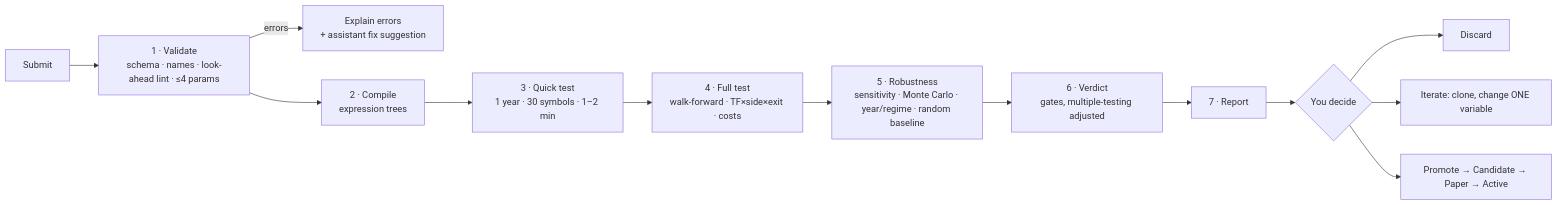
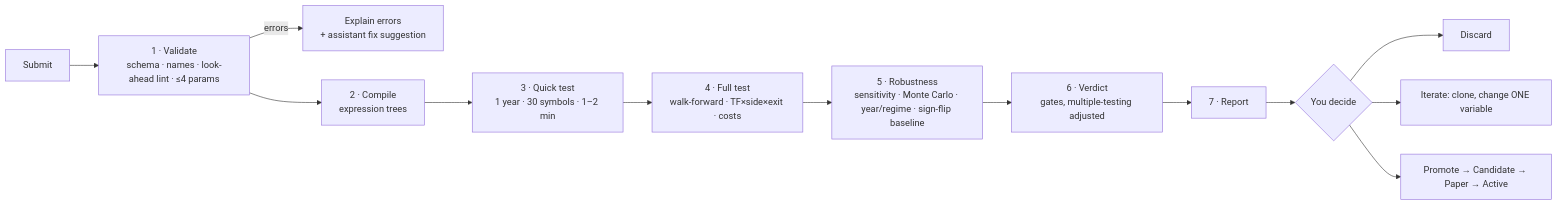
One commit to hemsingh81/xDrishti changed the diagram in docs/design/11-strategy-lab.md. Above: the diagram before and after it, drawn with Mermaid. The commit also changed other lines of this file and 37 other files, not shown here.

Commit message:
P5-05 review fixes: sign-flip baseline rename and honest limits, runner and exact tests, sweep edge cases

````diff
--- a/docs/design/11-strategy-lab.md
+++ b/docs/design/11-strategy-lab.md
@@ -284,15 +284,15 @@
 ```mermaid
 flowchart LR
     IN[Submit] --> V["1 · Validate<br/>schema · names · look-ahead lint · ≤4 params"]
     V -- errors --> FIX["Explain errors<br/>+ assistant fix suggestion"]
     V --> C["2 · Compile<br/>expression trees"]
     C --> Q["3 · Quick test<br/>1 year · 30 symbols · 1–2 min"]
     Q --> F["4 · Full test<br/>walk-forward · TF×side×exit · costs"]
-    F --> R["5 · Robustness<br/>sensitivity · Monte Carlo · year/regime · random baseline"]
+    F --> R["5 · Robustness<br/>sensitivity · Monte Carlo · year/regime · sign-flip baseline"]
     R --> G["6 · Verdict<br/>gates, multiple-testing adjusted"]
     G --> REP[7 · Report]
     REP --> ACT{You decide}
     ACT --> D[Discard]
     ACT --> IT["Iterate: clone, change ONE variable"]
     ACT --> P["Promote → Candidate → Paper → Active"]
 ```
````
